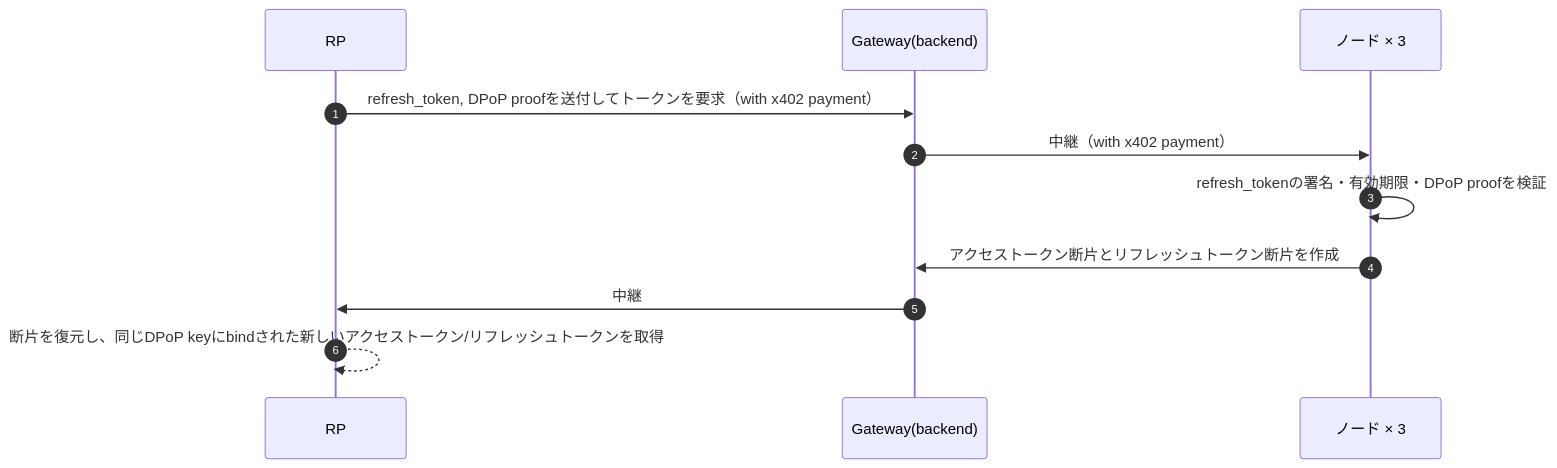
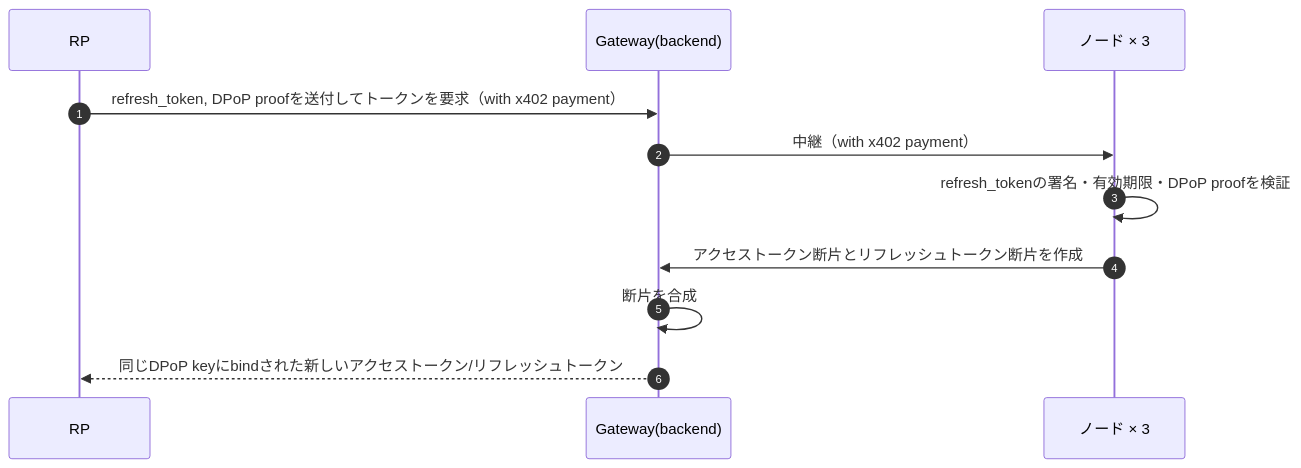
Before and after one commit to oskn259/decentralized_idp: the third of 4 diagrams in docs/requirements/whitepaper.md, drawn with Mermaid. The commit also changed other lines of this file, not shown here.

First line of the commit message:
Align the whitepaper flow diagrams with the OAuth-compatible split

````diff
--- a/docs/requirements/whitepaper.md
+++ b/docs/requirements/whitepaper.md
@@ -118,13 +118,13 @@
 ```mermaid
 sequenceDiagram
     autonumber
     participant RP
     participant GB as Gateway(backend)
     participant N as ノード × 3
     RP->>GB: refresh_token, DPoP proofを送付してトークンを要求（with x402 payment）
     GB->>N: 中継（with x402 payment）
     N->>N: refresh_tokenの署名・有効期限・DPoP proofを検証
     N->>GB: アクセストークン断片とリフレッシュトークン断片を作成
-    GB->>RP: 中継
-    RP-->>RP: 断片を復元し、同じDPoP keyにbindされた新しいアクセストークン/リフレッシュトークンを取得
+    GB->>GB: 断片を合成
+    GB-->>RP: 同じDPoP keyにbindされた新しいアクセストークン/リフレッシュトークン
 ```
````
